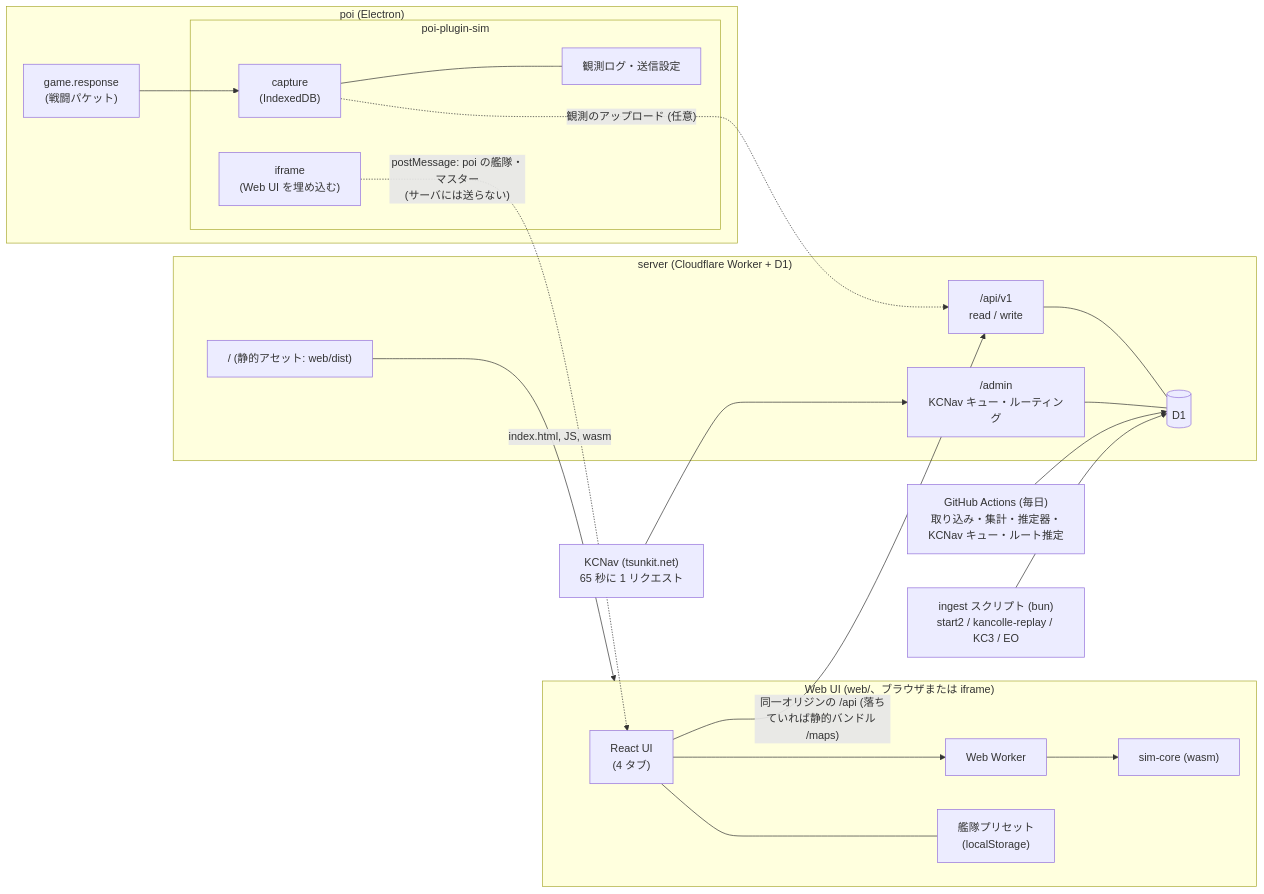
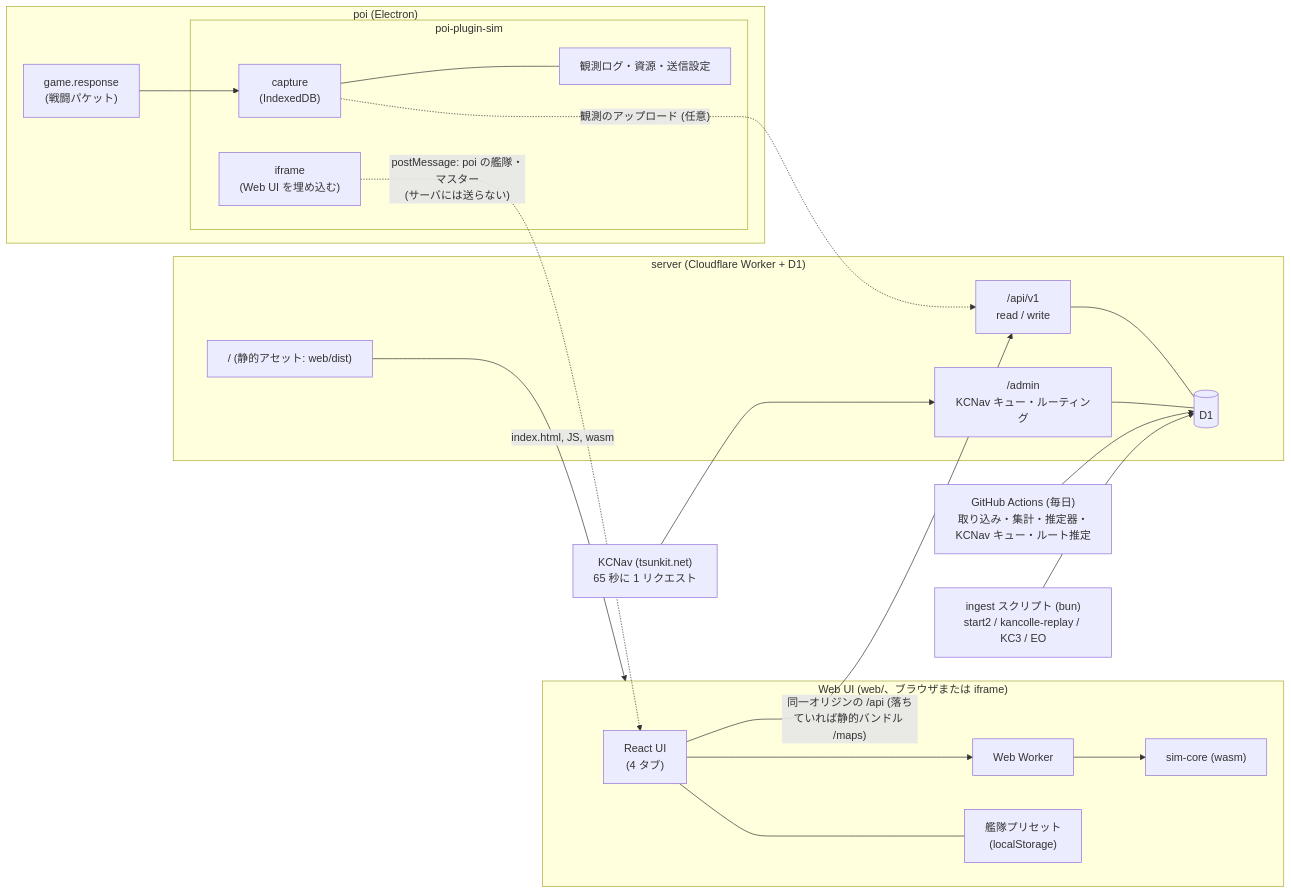
The diagram in README.md (gitdmnt/kc-sim), drawn with Mermaid before and after one commit. The commit also changed other lines of this file and 18 other files, not shown here.

````diff
--- a/README.md
+++ b/README.md
@@ -26,36 +26,36 @@
 ```mermaid
 flowchart LR
   subgraph poi["poi (Electron)"]
     GR["game.response<br/>(戦闘パケット)"]
     subgraph plugin["poi-plugin-sim"]
       CAP["capture<br/>(IndexedDB)"]
-      LOG["観測ログ・送信設定"]
+      LOG["観測ログ・資源・送信設定"]
       FRAME["iframe<br/>(Web UI を埋め込む)"]
     end
     GR --> CAP
     CAP --- LOG
   end
   subgraph browser["Web UI (web/、ブラウザまたは iframe)"]
     UI["React UI<br/>(4 タブ)"]
     WK["Web Worker"]
     WASM["sim-core (wasm)"]
     PRE["艦隊プリセット<br/>(localStorage)"]
     UI --> WK --> WASM
     UI --- PRE
   end
   FRAME -.->|"postMessage: poi の艦隊・マスター<br/>(サーバには送らない)"| UI
   subgraph dw["server (Cloudflare Worker + D1)"]
     ASSETS["/ (静的アセット: web/dist)"]
     API["/api/v1<br/>read / write"]
     ADM["/admin<br/>KCNav キュー・ルーティング"]
     D1[("D1")]
     API --- D1
     ADM --- D1
   end
   GHA["GitHub Actions (毎日)<br/>取り込み・集計・推定器・KCNav キュー・ルート推定"] --> D1
   ASSETS -->|"index.html, JS, wasm"| browser
   UI -->|"同一オリジンの /api (落ちていれば静的バンドル /maps)"| API
   CAP -.->|"観測のアップロード (任意)"| API
   ING["ingest スクリプト (bun)<br/>start2 / kancolle-replay / KC3 / EO"] --> D1
   KC["KCNav (tsunkit.net)<br/>65 秒に 1 リクエスト"] --> ADM
 ```
````
